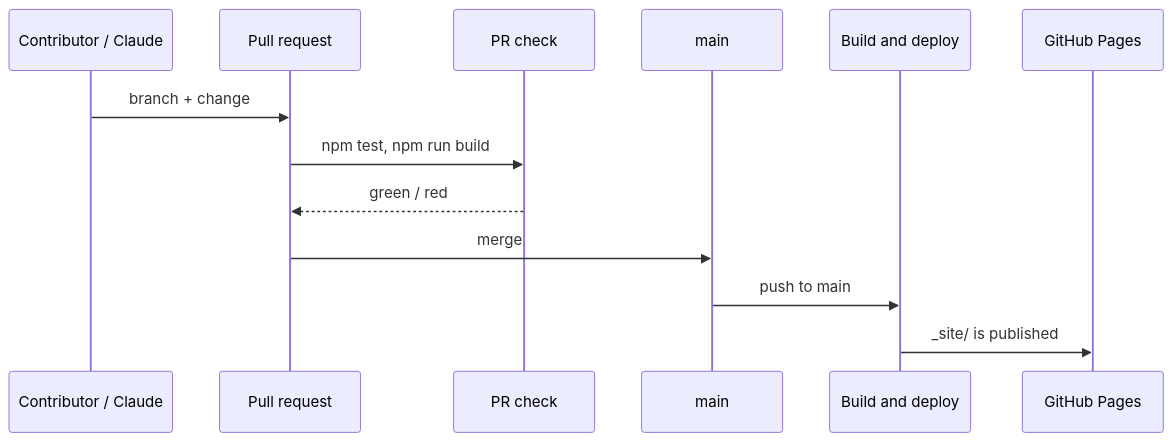
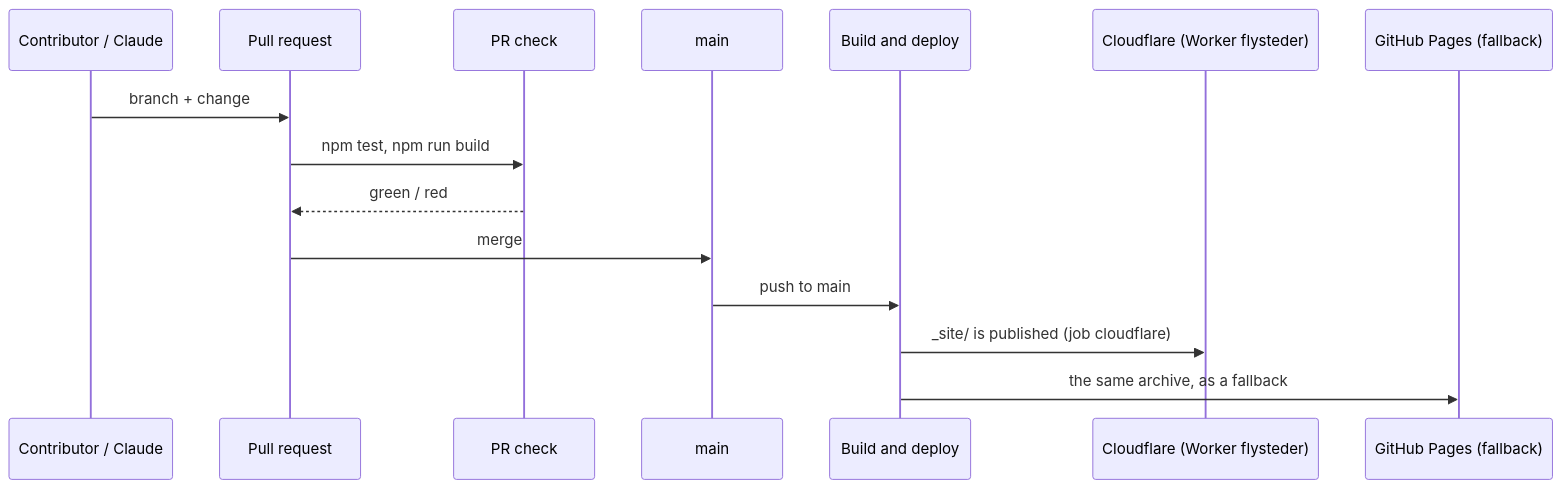
One commit to hpgt-com/flying-sites changed the fifth of 7 diagrams in docs/architecture.md. Above: the diagram before and after it, drawn with Mermaid. The commit also changed other lines of this file and 4 other files, not shown here.

First line of the commit message:
Dokumentasjon: ADR 0006 om at Cloudflare serverer siden, og diagrammene oppdatert (#301)

````diff
--- a/docs/architecture.md
+++ b/docs/architecture.md
@@ -238,16 +238,18 @@
 ```mermaid
 sequenceDiagram
   participant Dev as Contributor / Claude
   participant PR as Pull request
   participant CI as PR check
   participant Main as main
   participant Deploy as Build and deploy
-  participant Pages as GitHub Pages
+  participant CF as Cloudflare (Worker flysteder)
+  participant Pages as GitHub Pages (fallback)
 
   Dev->>PR: branch + change
   PR->>CI: npm test, npm run build
   CI-->>PR: green / red
   PR->>Main: merge
   Main->>Deploy: push to main
-  Deploy->>Pages: _site/ is published
+  Deploy->>CF: _site/ is published (job cloudflare)
+  Deploy->>Pages: the same archive, as a fallback
 ```
````
